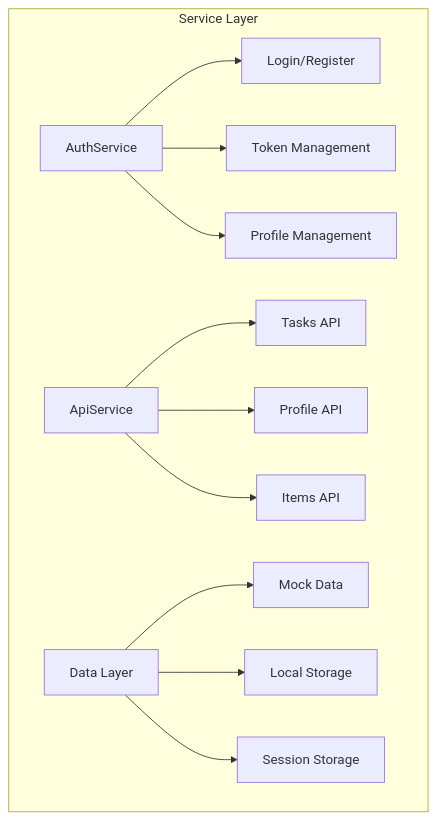
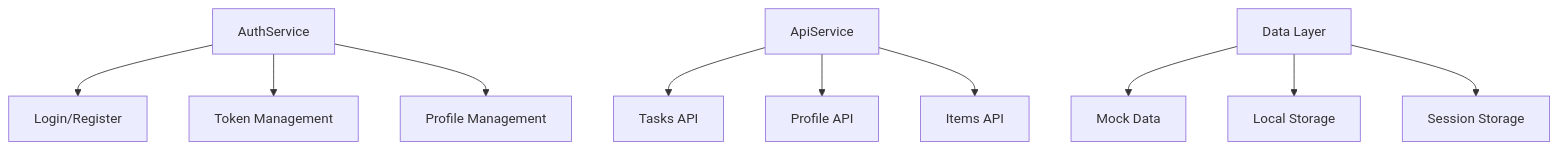
One commit to ma1iik/PlayerOne changed diagram 19 of 20 in FRONTEND_ARCHITECTURE.md. Above: the diagram before and after it, drawn with Mermaid. The commit also changed other lines of this file, not shown here.

````diff
--- a/FRONTEND_ARCHITECTURE.md
+++ b/FRONTEND_ARCHITECTURE.md
@@ -488,16 +478,14 @@
 ```mermaid
 graph TB
-    subgraph "Service Layer"
-        A[AuthService] --> B[Login/Register]
-        A --> C[Token Management]
-        A --> D[Profile Management]
-        
-        E[ApiService] --> F[Tasks API]
-        E --> G[Profile API]
-        E --> H[Items API]
-        
-        I[Data Layer] --> J[Mock Data]
-        I --> K[Local Storage]
-        I --> L[Session Storage]
-    end
+    A[AuthService] --> B[Login/Register]
+    A --> C[Token Management]
+    A --> D[Profile Management]
+    
+    E[ApiService] --> F[Tasks API]
+    E --> G[Profile API]
+    E --> H[Items API]
+    
+    I[Data Layer] --> J[Mock Data]
+    I --> K[Local Storage]
+    I --> L[Session Storage]
 ```
````
